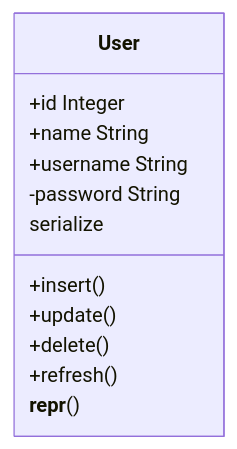
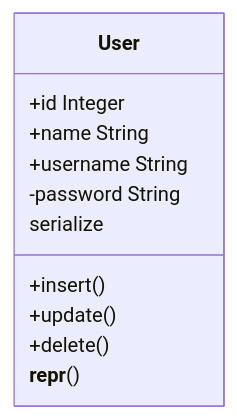
The second of 8 diagrams in README.md (kalsmic/tdd_challenge), drawn with Mermaid before and after one commit. The commit also changed other lines of this file, not shown here.

````diff
--- a/README.md
+++ b/README.md
@@ -17,15 +17,14 @@
 ```mermaid
 classDiagram
  class User
  User : +id Integer
  User : +name String
  User : +username String
  User : -password String
  User : +insert()
  User : +update()
  User : +delete()
- User : +refresh()
  User : serialize
  User : __repr__()
  
 ```
````
